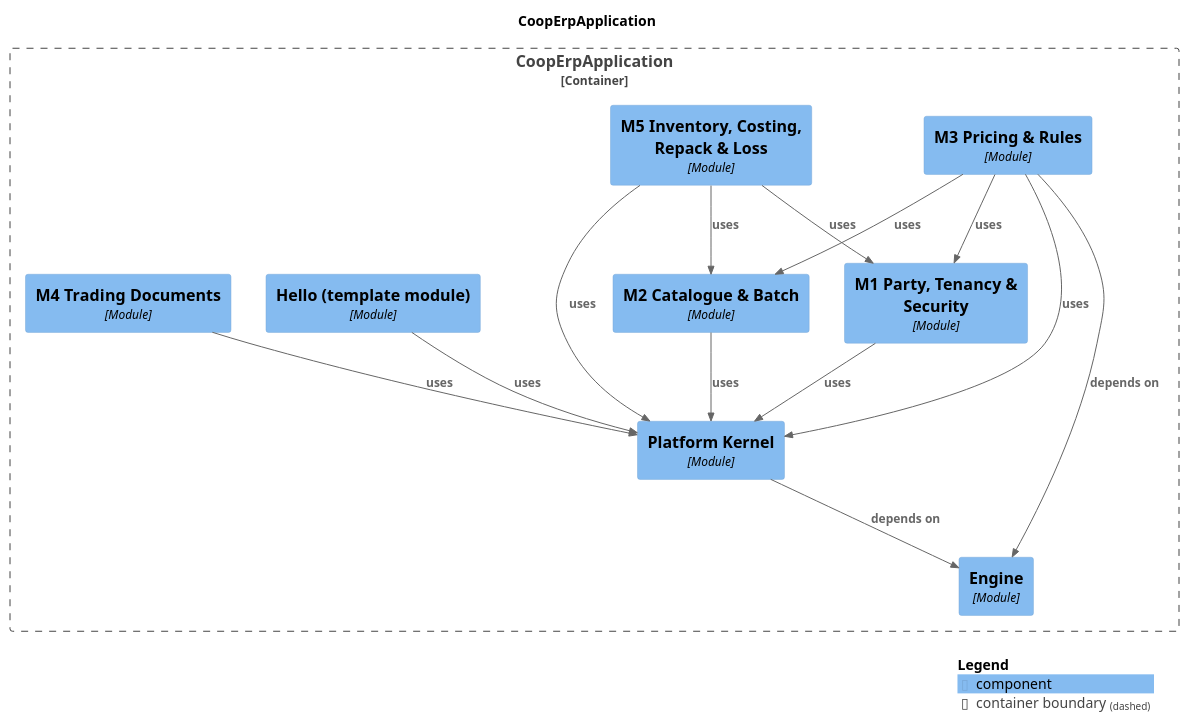
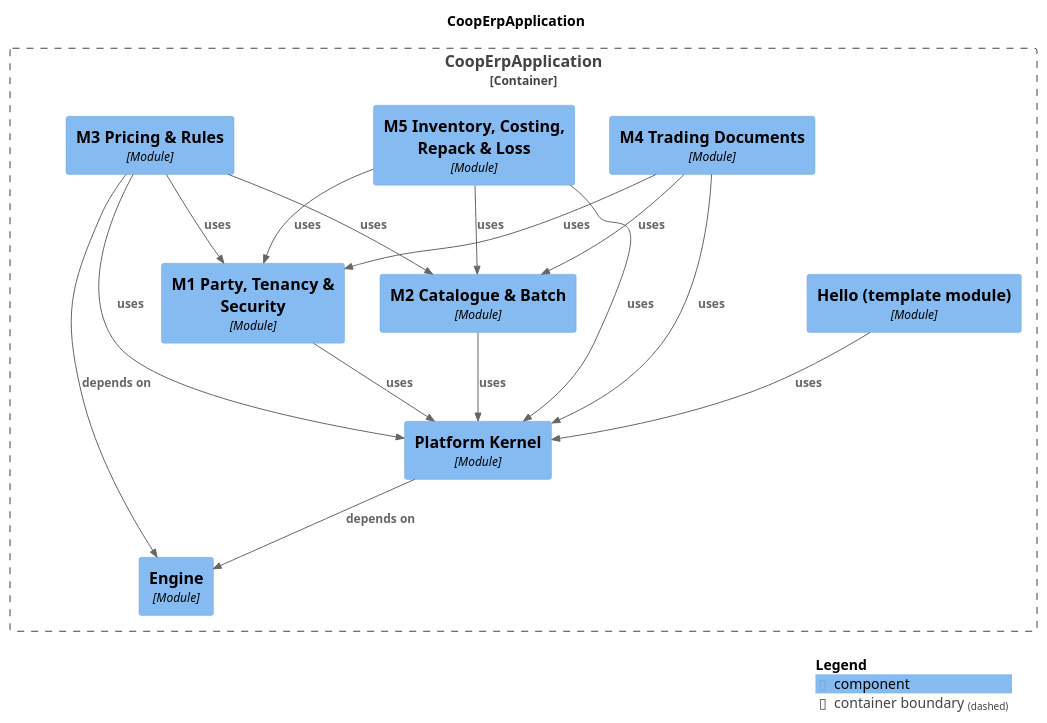
The diagram in docs/modules/components.puml (Knoweb/COOP_ERP), drawn with PlantUML before and after one commit. The commit also changed 34 other files, not shown here.

```diff
--- a/docs/modules/components.puml
+++ b/docs/modules/components.puml
@@ -1,36 +1,38 @@
 @startuml
 set separator none
 title CoopErpApplication
 
 top to bottom direction
 
 !include <C4/C4>
 !include <C4/C4_Context>
 !include <C4/C4_Component>
 
 Container_Boundary("CoopErpApplication.CoopErpApplication_boundary", "CoopErpApplication", $tags="") {
-  Component(CoopErpApplication.CoopErpApplication.M3PricingRules, "M3 Pricing & Rules", $techn="Module", $descr="", $tags="", $link="")
+  Component(CoopErpApplication.CoopErpApplication.M4TradingDocuments, "M4 Trading Documents", $techn="Module", $descr="", $tags="", $link="")
   Component(CoopErpApplication.CoopErpApplication.M5InventoryCostingRepackLoss, "M5 Inventory, Costing, Repack & Loss", $techn="Module", $descr="", $tags="", $link="")
   Component(CoopErpApplication.CoopErpApplication.Engine, "Engine", $techn="Module", $descr="", $tags="", $link="")
   Component(CoopErpApplication.CoopErpApplication.PlatformKernel, "Platform Kernel", $techn="Module", $descr="", $tags="", $link="")
   Component(CoopErpApplication.CoopErpApplication.Hellotemplatemodule, "Hello (template module)", $techn="Module", $descr="", $tags="", $link="")
   Component(CoopErpApplication.CoopErpApplication.M1PartyTenancySecurity, "M1 Party, Tenancy & Security", $techn="Module", $descr="", $tags="", $link="")
   Component(CoopErpApplication.CoopErpApplication.M2CatalogueBatch, "M2 Catalogue & Batch", $techn="Module", $descr="", $tags="", $link="")
-  Component(CoopErpApplication.CoopErpApplication.M4TradingDocuments, "M4 Trading Documents", $techn="Module", $descr="", $tags="", $link="")
+  Component(CoopErpApplication.CoopErpApplication.M3PricingRules, "M3 Pricing & Rules", $techn="Module", $descr="", $tags="", $link="")
 }
 
 Rel(CoopErpApplication.CoopErpApplication.Hellotemplatemodule, CoopErpApplication.CoopErpApplication.PlatformKernel, "uses", $techn="", $tags="", $link="")
 Rel(CoopErpApplication.CoopErpApplication.M1PartyTenancySecurity, CoopErpApplication.CoopErpApplication.PlatformKernel, "uses", $techn="", $tags="", $link="")
 Rel(CoopErpApplication.CoopErpApplication.M2CatalogueBatch, CoopErpApplication.CoopErpApplication.PlatformKernel, "uses", $techn="", $tags="", $link="")
 Rel(CoopErpApplication.CoopErpApplication.M3PricingRules, CoopErpApplication.CoopErpApplication.Engine, "depends on", $techn="", $tags="", $link="")
 Rel(CoopErpApplication.CoopErpApplication.M3PricingRules, CoopErpApplication.CoopErpApplication.M1PartyTenancySecurity, "uses", $techn="", $tags="", $link="")
 Rel(CoopErpApplication.CoopErpApplication.M3PricingRules, CoopErpApplication.CoopErpApplication.M2CatalogueBatch, "uses", $techn="", $tags="", $link="")
 Rel(CoopErpApplication.CoopErpApplication.M3PricingRules, CoopErpApplication.CoopErpApplication.PlatformKernel, "uses", $techn="", $tags="", $link="")
+Rel(CoopErpApplication.CoopErpApplication.M4TradingDocuments, CoopErpApplication.CoopErpApplication.M1PartyTenancySecurity, "uses", $techn="", $tags="", $link="")
+Rel(CoopErpApplication.CoopErpApplication.M4TradingDocuments, CoopErpApplication.CoopErpApplication.M2CatalogueBatch, "uses", $techn="", $tags="", $link="")
 Rel(CoopErpApplication.CoopErpApplication.M4TradingDocuments, CoopErpApplication.CoopErpApplication.PlatformKernel, "uses", $techn="", $tags="", $link="")
 Rel(CoopErpApplication.CoopErpApplication.M5InventoryCostingRepackLoss, CoopErpApplication.CoopErpApplication.M1PartyTenancySecurity, "uses", $techn="", $tags="", $link="")
 Rel(CoopErpApplication.CoopErpApplication.M5InventoryCostingRepackLoss, CoopErpApplication.CoopErpApplication.M2CatalogueBatch, "uses", $techn="", $tags="", $link="")
 Rel(CoopErpApplication.CoopErpApplication.M5InventoryCostingRepackLoss, CoopErpApplication.CoopErpApplication.PlatformKernel, "uses", $techn="", $tags="", $link="")
 Rel(CoopErpApplication.CoopErpApplication.PlatformKernel, CoopErpApplication.CoopErpApplication.Engine, "depends on", $techn="", $tags="", $link="")
 
 SHOW_LEGEND(true)
 @enduml
```
